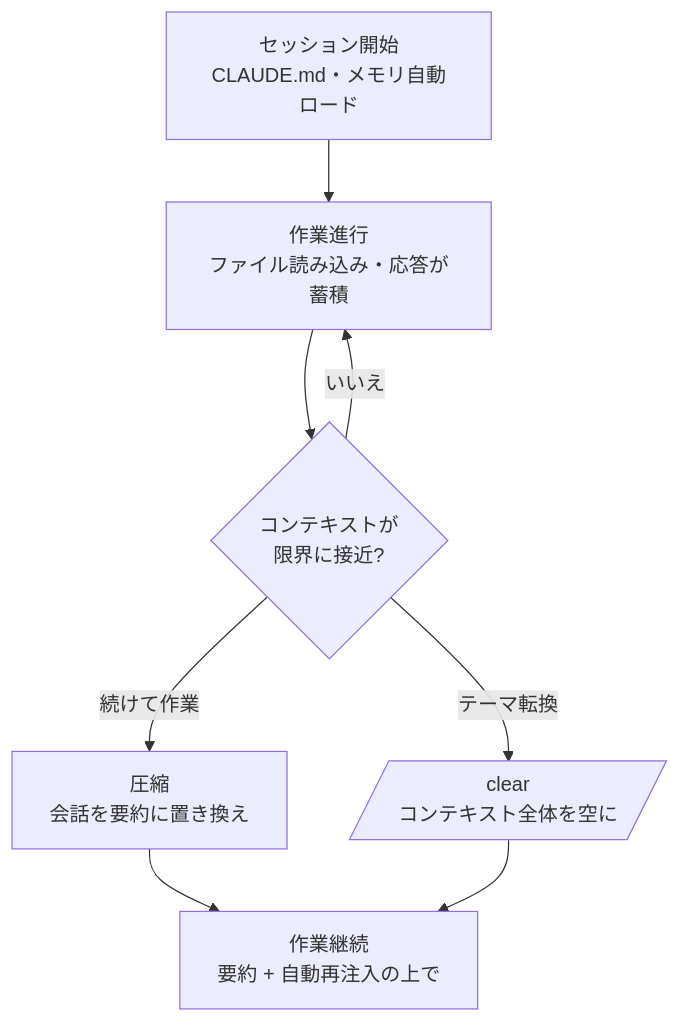
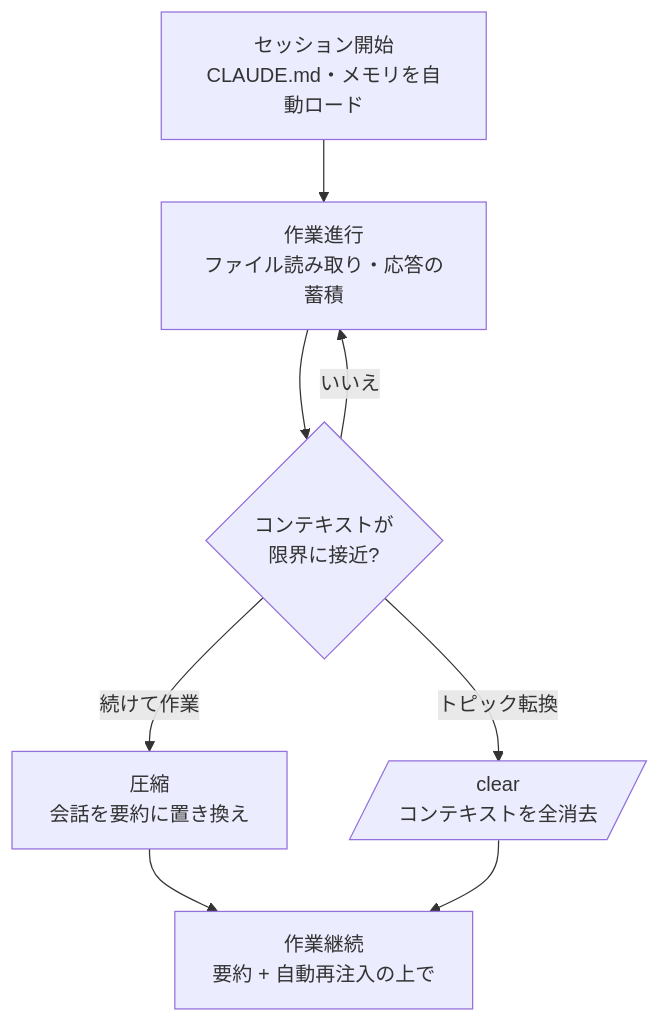
One commit to modu-ai/moai-adk changed the diagram in docs-site/content/ja/claude-code/context-memory/context-window.md. Above: the diagram before and after it, drawn with Mermaid. The commit also changed other lines of this file and 395 other files, not shown here.

````diff
--- a/docs-site/content/ja/claude-code/context-memory/context-window.md
+++ b/docs-site/content/ja/claude-code/context-memory/context-window.md
@@ -91,10 +91,10 @@
 ```mermaid
 flowchart TD
-    A[セッション開始<br>CLAUDE.md・メモリ自動ロード] --> B[作業進行<br>ファイル読み込み・応答が蓄積]
+    A[セッション開始<br>CLAUDE.md・メモリを自動ロード] --> B[作業進行<br>ファイル読み取り・応答の蓄積]
     B --> C{コンテキストが<br>限界に接近?}
     C -->|いいえ| B
     C -->|続けて作業| D[圧縮<br>会話を要約に置き換え]
-    C -->|テーマ転換| E[/clear<br>コンテキスト全体を空に/]
+    C -->|トピック転換| E[/clear<br>コンテキストを全消去/]
     D --> F[作業継続<br>要約 + 自動再注入の上で]
     E --> F
 ```
````
